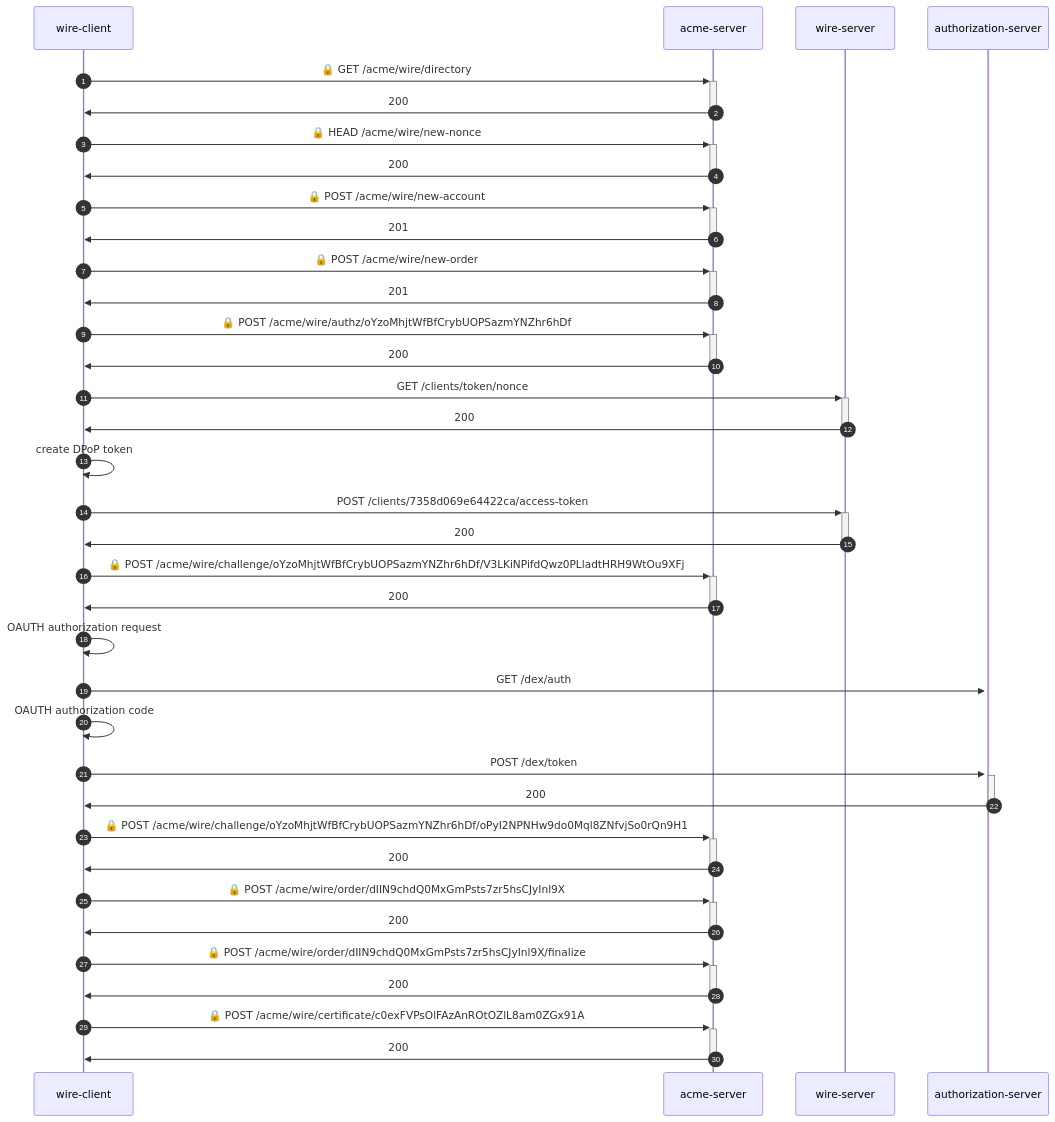
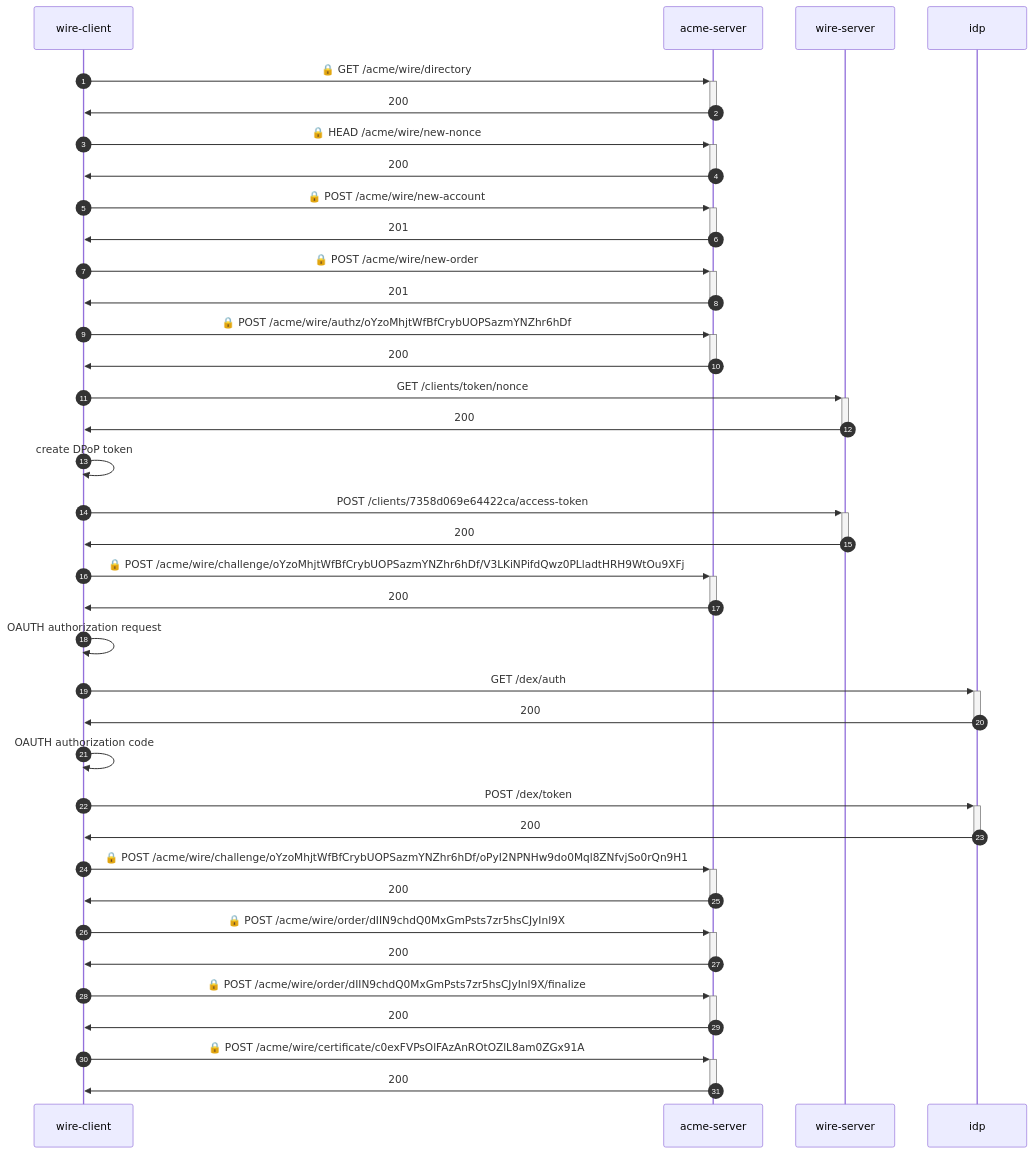
Before and after one commit to wireapp/rusty-jwt-tools: the diagram in e2e-identity/README.md, drawn with Mermaid.

Commit message:
Update Mermaid diagram
Changes requested by Rohan:

- rename authorization-server to IdP
- add the 200 response immediately after to dex request message #19

````diff
--- a/e2e-identity/README.md
+++ b/e2e-identity/README.md
@@ -3,34 +3,35 @@
 ```mermaid
 sequenceDiagram
     autonumber
     wire-client->>+acme-server: 🔒 GET /acme/wire/directory
     acme-server->>-wire-client: 200
     wire-client->>+acme-server: 🔒 HEAD /acme/wire/new-nonce
     acme-server->>-wire-client: 200
     wire-client->>+acme-server: 🔒 POST /acme/wire/new-account
     acme-server->>-wire-client: 201
     wire-client->>+acme-server: 🔒 POST /acme/wire/new-order
     acme-server->>-wire-client: 201
     wire-client->>+acme-server: 🔒 POST /acme/wire/authz/oYzoMhjtWfBfCrybUOPSazmYNZhr6hDf
     acme-server->>-wire-client: 200
     wire-client->>+wire-server:  GET /clients/token/nonce
     wire-server->>-wire-client: 200
     wire-client->>wire-client: create DPoP token
     wire-client->>+wire-server:  POST /clients/7358d069e64422ca/access-token
     wire-server->>-wire-client: 200
     wire-client->>+acme-server: 🔒 POST /acme/wire/challenge/oYzoMhjtWfBfCrybUOPSazmYNZhr6hDf/V3LKiNPifdQwz0PLladtHRH9WtOu9XFj
     acme-server->>-wire-client: 200
     wire-client->>wire-client: OAUTH authorization request
-    wire-client->>+authorization-server:  GET /dex/auth
+    wire-client->>+idp:  GET /dex/auth
+    idp->>-wire-client: 200
     wire-client->>wire-client: OAUTH authorization code
-    wire-client->>+authorization-server:  POST /dex/token
-    authorization-server->>-wire-client: 200
+    wire-client->>+idp:  POST /dex/token
+    idp->>-wire-client: 200
     wire-client->>+acme-server: 🔒 POST /acme/wire/challenge/oYzoMhjtWfBfCrybUOPSazmYNZhr6hDf/oPyI2NPNHw9do0Mql8ZNfvjSo0rQn9H1
     acme-server->>-wire-client: 200
     wire-client->>+acme-server: 🔒 POST /acme/wire/order/dIIN9chdQ0MxGmPsts7zr5hsCJyInl9X
     acme-server->>-wire-client: 200
     wire-client->>+acme-server: 🔒 POST /acme/wire/order/dIIN9chdQ0MxGmPsts7zr5hsCJyInl9X/finalize
     acme-server->>-wire-client: 200
     wire-client->>+acme-server: 🔒 POST /acme/wire/certificate/c0exFVPsOlFAzAnROtOZlL8am0ZGx91A
     acme-server->>-wire-client: 200
 ```
````
